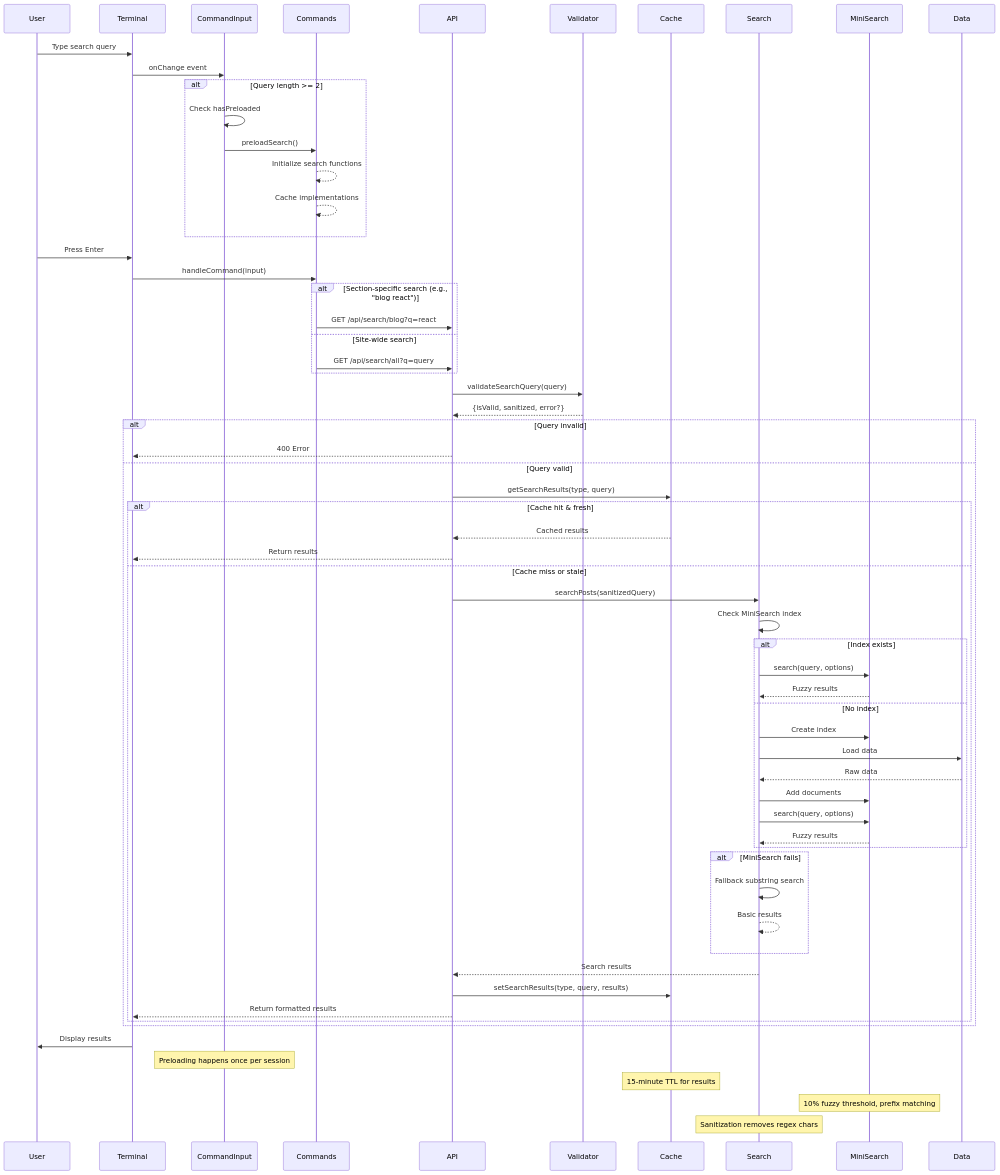
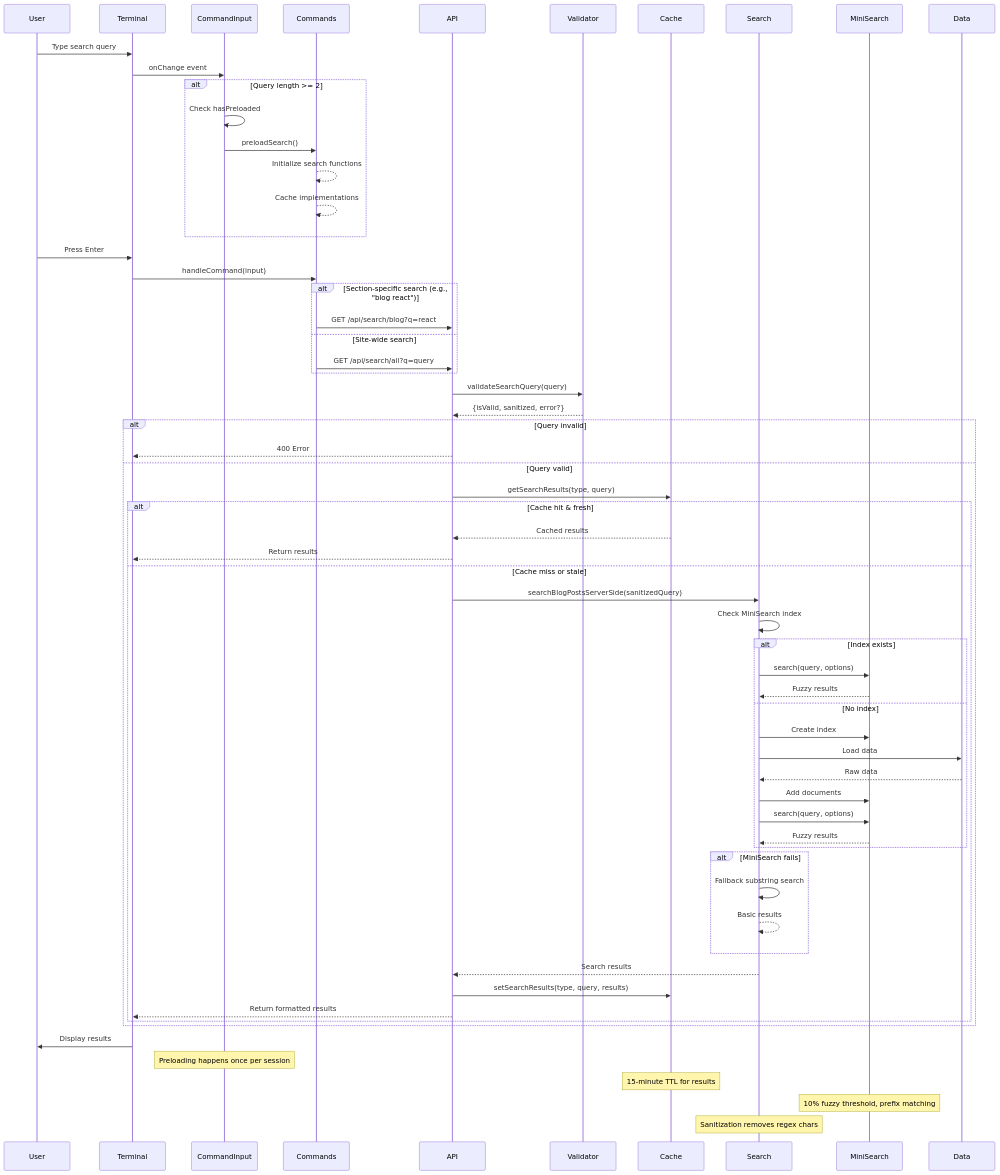
The second of 2 diagrams in docs/projects/structure/search.mmd (WilliamAGH/williamcallahan.com), drawn with Mermaid before and after one commit. The commit also changed 1 other file, not shown here.

Commit message:
docs(search): update architecture docs for blog search changes
Update search documentation to reflect the removal of searchPosts and
the addition of searchBlogPostsServerSide in lib/blog/server-search.ts.
Updates both the markdown docs and the mermaid sequence diagram.

- Add lib/blog/server-search.ts to core search logic section
- Replace searchPosts reference with searchBlogPostsServerSide in diagram
- Document searchBooks and searchProjects functions

```diff
--- a/docs/projects/structure/search.mmd
+++ b/docs/projects/structure/search.mmd
@@ -141,7 +141,7 @@
             Cache-->>API: Cached results
             API-->>Terminal: Return results
         else Cache miss or stale
-            API->>Search: searchPosts(sanitizedQuery)
+            API->>Search: searchBlogPostsServerSide(sanitizedQuery)
             
             %% Search execution
             Search->>Search: Check MiniSearch index
```
